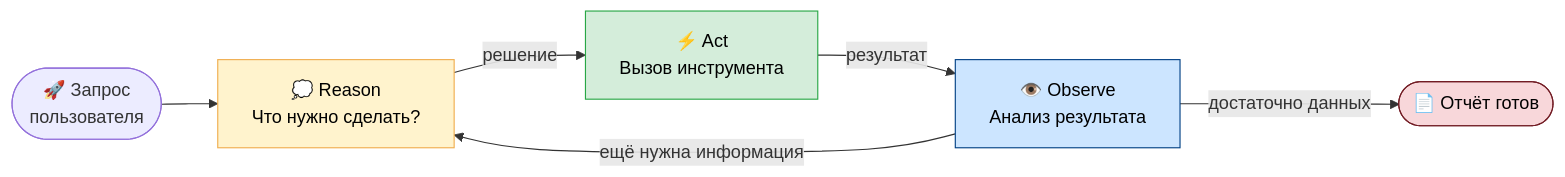
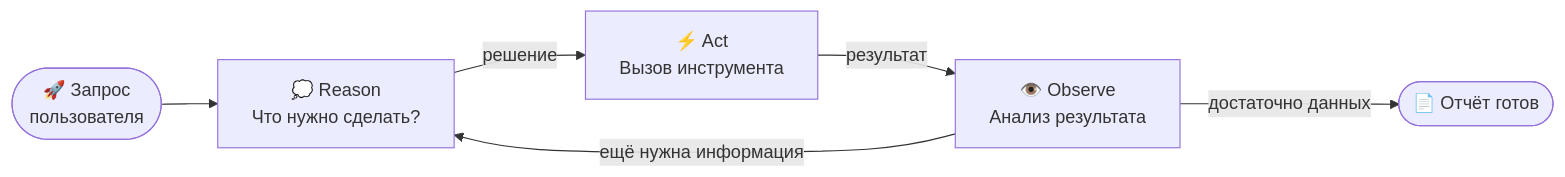
One commit to ivanshamaev/research-agent changed the third of 3 diagrams in docs/01-concepts.md. Above: the diagram before and after it, drawn with Mermaid. The commit also changed other lines of this file and 5 other files, not shown here.

First line of the commit message:
docs: remove inline style directives from all mermaid diagrams

````diff
--- a/docs/01-concepts.md
+++ b/docs/01-concepts.md
@@ -85,21 +83,17 @@
 ```mermaid
 flowchart LR
     Start(["🚀 Запрос\nпользователя"])
 
     Start --> R
 
     R["💭 Reason\nЧто нужно сделать?"]
     A["⚡ Act\nВызов инструмента"]
     O["👁️ Observe\nАнализ результата"]
     End(["📄 Отчёт готов"])
 
     R -->|решение| A
     A -->|результат| O
     O -->|ещё нужна информация| R
     O -->|достаточно данных| End
 
-    style R fill:#fff3cd,stroke:#f0ad4e,color:#000
-    style A fill:#d4edda,stroke:#28a745,color:#000
-    style O fill:#cce5ff,stroke:#004085,color:#000
-    style End fill:#f8d7da,stroke:#721c24,color:#000
 ```
````
